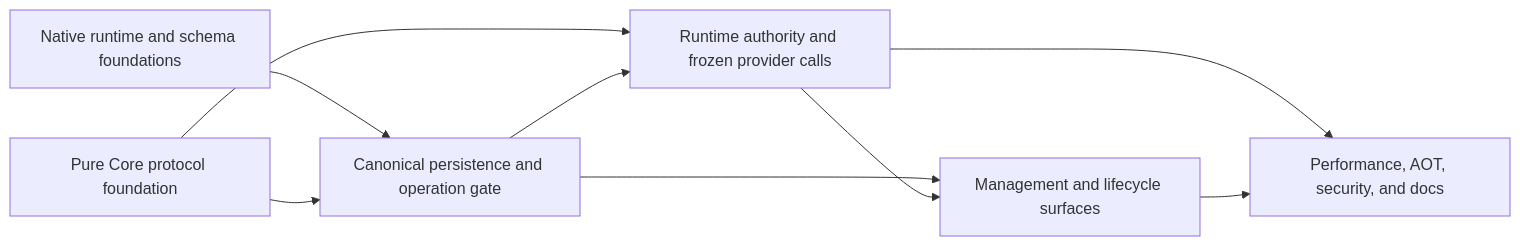
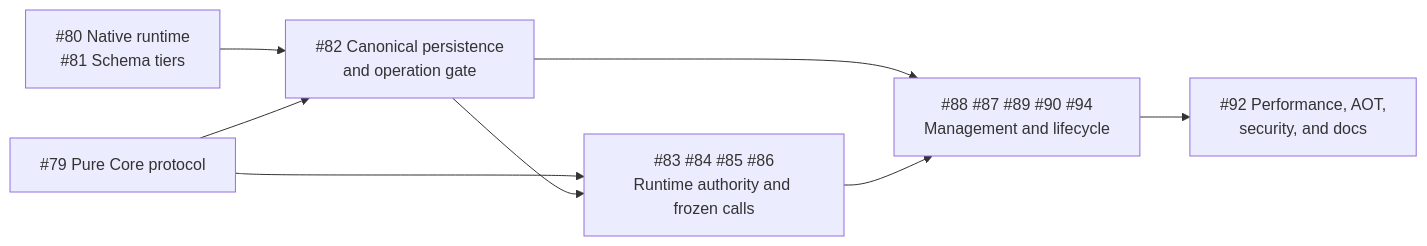
Before and after one commit to Retro-Downfall/RetroDownfall.Arcanum: the third of 4 diagrams in docs/Arcanum.OATH.md, drawn with Mermaid. The commit also changed other lines of this file and 1 other file, not shown here.

````diff
--- a/docs/Arcanum.OATH.md
+++ b/docs/Arcanum.OATH.md
@@ -1088,11 +1294,10 @@
 ```mermaid
 flowchart LR
-    Native["Native runtime and schema foundations"] --> Persistence["Canonical persistence and operation gate"]
-    Core["Pure Core protocol foundation"] --> Persistence
-    Core --> Runtime["Runtime authority and frozen provider calls"]
+    Native["#80 Native runtime<br/>#81 Schema tiers"] --> Persistence["#82 Canonical persistence<br/>and operation gate"]
+    Core["#79 Pure Core protocol"] --> Persistence
+    Core --> Runtime["#83 #84 #85 #86<br/>Runtime authority and frozen calls"]
     Persistence --> Runtime
-    Persistence --> Surfaces["Management and lifecycle surfaces"]
+    Persistence --> Surfaces["#88 #87 #89 #90 #94<br/>Management and lifecycle"]
     Runtime --> Surfaces
-    Runtime --> Verification["Performance, AOT, security, and docs"]
-    Surfaces --> Verification
+    Surfaces --> Verification["#92 Performance, AOT,<br/>security, and docs"]
 ```
````
